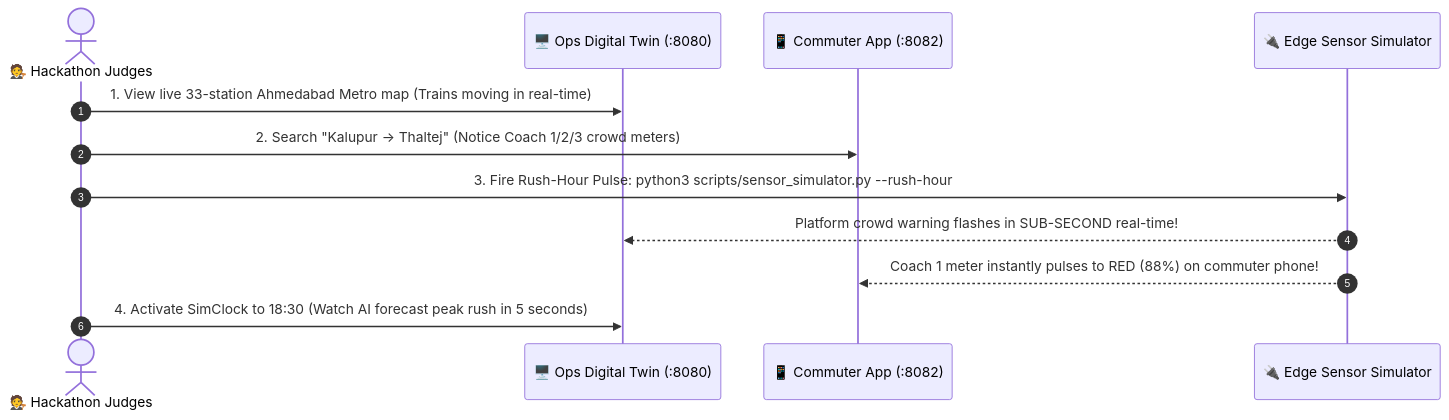
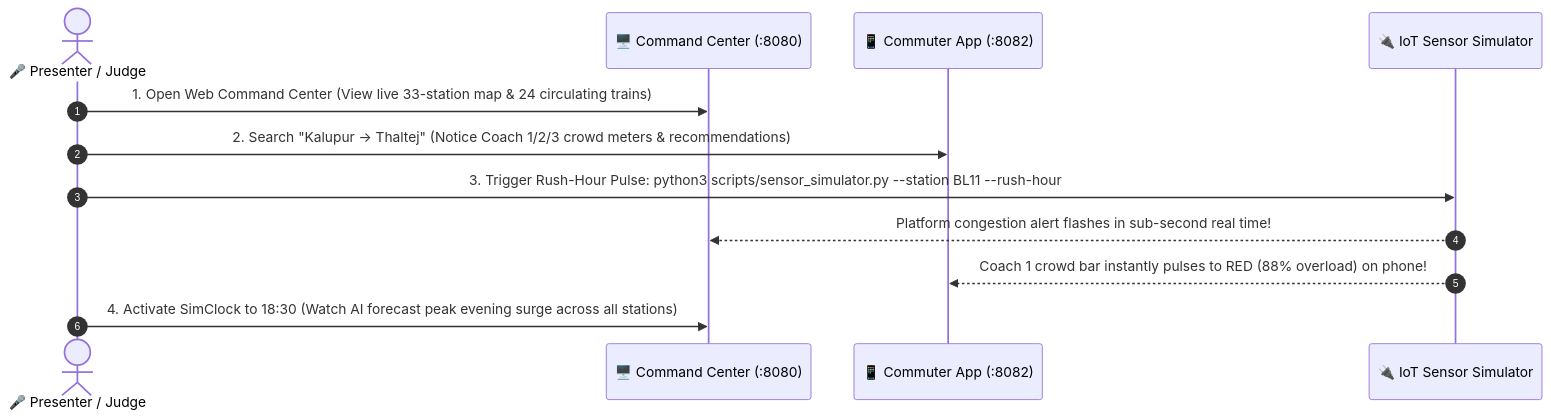
One commit to krish-2195/SmartRail-OS changed the second of 2 diagrams in README.md. Above: the diagram before and after it, drawn with Mermaid. The commit also changed other lines of this file, not shown here.

````diff
--- a/README.md
+++ b/README.md
@@ -141,15 +217,15 @@
 ```mermaid
 sequenceDiagram
     autonumber
-    actor Judge as 🧑‍⚖️ Hackathon Judges
-    participant Web as 🖥️ Ops Digital Twin (:8080)
+    actor Presenter as 🎤 Presenter / Judge
+    participant Web as 🖥️ Command Center (:8080)
     participant Mobile as 📱 Commuter App (:8082)
-    participant Edge as 🔌 Edge Sensor Simulator
+    participant Sensor as 🔌 IoT Sensor Simulator
 
-    Judge->>Web: 1. View live 33-station Ahmedabad Metro map (Trains moving in real-time)
-    Judge->>Mobile: 2. Search "Kalupur → Thaltej" (Notice Coach 1/2/3 crowd meters)
-    Judge->>Edge: 3. Fire Rush-Hour Pulse: python3 scripts/sensor_simulator.py --rush-hour
-    Edge-->>Web: Platform crowd warning flashes in SUB-SECOND real-time!
-    Edge-->>Mobile: Coach 1 meter instantly pulses to RED (88%) on commuter phone!
-    Judge->>Web: 4. Activate SimClock to 18:30 (Watch AI forecast peak rush in 5 seconds)
+    Presenter->>Web: 1. Open Web Command Center (View live 33-station map & 24 circulating trains)
+    Presenter->>Mobile: 2. Search "Kalupur → Thaltej" (Notice Coach 1/2/3 crowd meters & recommendations)
+    Presenter->>Sensor: 3. Trigger Rush-Hour Pulse: python3 scripts/sensor_simulator.py --station BL11 --rush-hour
+    Sensor-->>Web: Platform congestion alert flashes in sub-second real time!
+    Sensor-->>Mobile: Coach 1 crowd bar instantly pulses to RED (88% overload) on phone!
+    Presenter->>Web: 4. Activate SimClock to 18:30 (Watch AI forecast peak evening surge across all stations)
 ```
````
